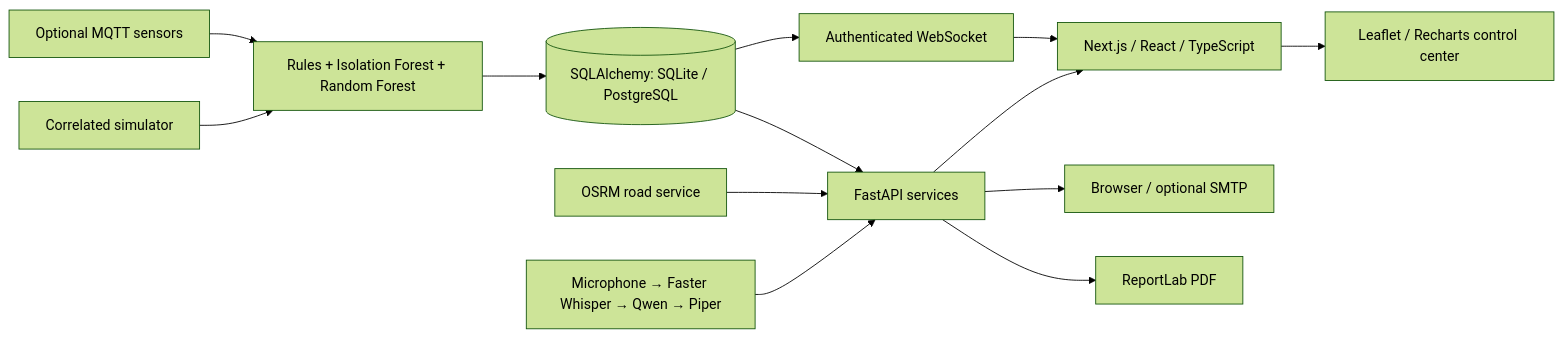
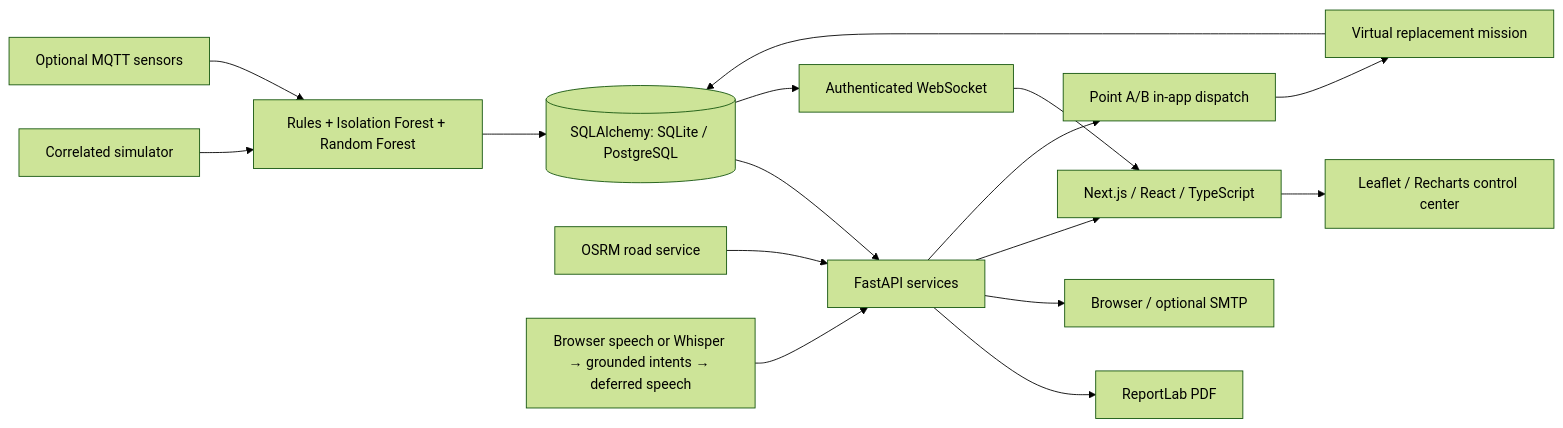
The diagram in README.md (khushal-Taskar/thermatrace), drawn with Mermaid (forest theme) before and after one commit. The commit also changed other lines of this file and 31 other files, not shown here.

Commit message:
Complete voice dispatch and alert email workflows

````diff
--- a/README.md
+++ b/README.md
@@ -44,15 +45,18 @@
 ```mermaid
 flowchart LR
     Sim[Correlated simulator] --> AI[Rules + Isolation Forest + Random Forest]
     MQTT[Optional MQTT sensors] --> AI
     AI --> DB[(SQLAlchemy: SQLite / PostgreSQL)]
     OSRM[OSRM road service] --> API[FastAPI services]
     DB --> API
     DB --> WS[Authenticated WebSocket]
     API --> PDF[ReportLab PDF]
     API --> Notify[Browser / optional SMTP]
     API --> Next[Next.js / React / TypeScript]
-    Voice[Microphone → Faster Whisper → Qwen → Piper] --> API
+    Voice[Browser speech or Whisper → grounded intents → deferred speech] --> API
+    API --> Dispatch[Point A/B in-app dispatch]
+    Dispatch --> Rescue[Virtual replacement mission]
+    Rescue --> DB
     WS --> Next
     Next --> UI[Leaflet / Recharts control center]
 ```
````
